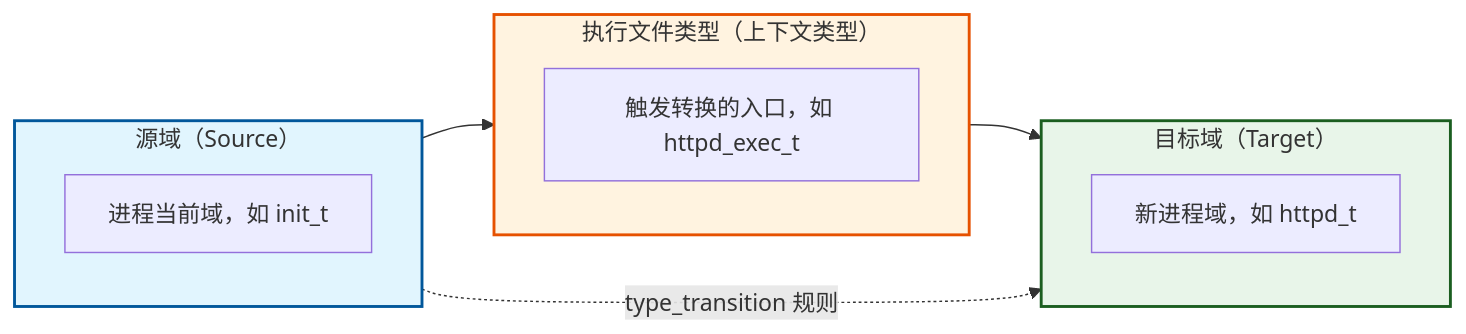
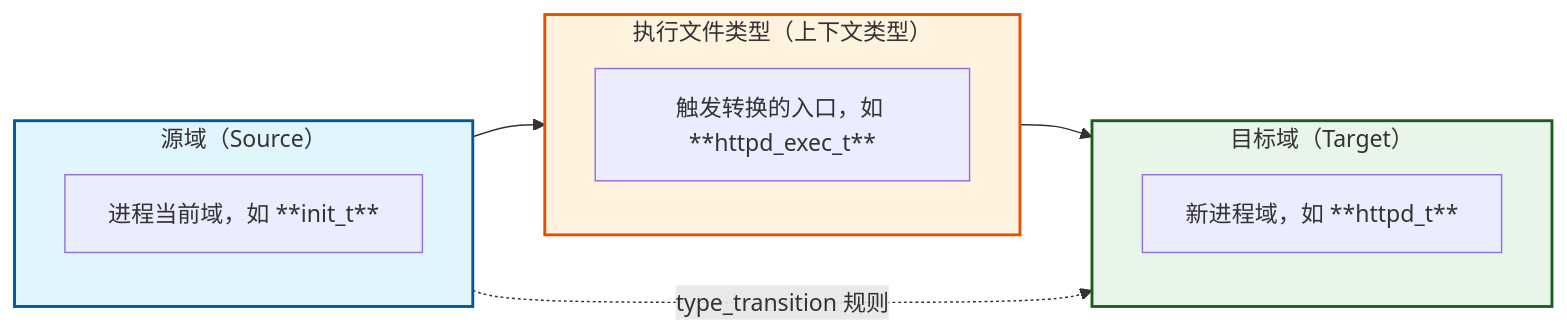
The diagram in Linux 基础与进阶/快速上手 SELinux 强化 Linux 安全性/快速上手 SELinux 强化 Linux 安全性.md (Alberthua-Perl/tech-docs), drawn with Mermaid before and after one commit. The commit also changed other lines of this file and 1 other file, not shown here.

````diff
--- a/Linux 基础与进阶/快速上手 SELinux 强化 Linux 安全性/快速上手 SELinux 强化 Linux 安全性.md
+++ b/Linux 基础与进阶/快速上手 SELinux 强化 Linux 安全性/快速上手 SELinux 强化 Linux 安全性.md
@@ -522,25 +523,25 @@
 ```mermaid
 flowchart LR
     subgraph Source["源域（Source）"]
         direction TB
-        S1["进程当前域，如 init_t"]
+        S1["进程当前域，如 **init_t**"]
     end
 
     subgraph ExecFile["执行文件类型（上下文类型）"]
         direction TB
-        E1["触发转换的入口，如 httpd_exec_t"]
+        E1["触发转换的入口，如 **httpd_exec_t**"]
     end
 
     subgraph Target["目标域（Target）"]
         direction TB
-        T1["新进程域，如 httpd_t"]
+        T1["新进程域，如 **httpd_t**"]
     end
 
     Source --> ExecFile --> Target
     
     Source -.->|"type_transition 规则"| Target
     
     style Source fill:#e1f5fe,stroke:#01579b,stroke-width:2px
     style ExecFile fill:#fff3e0,stroke:#e65100,stroke-width:2px
     style Target fill:#e8f5e9,stroke:#1b5e20,stroke-width:2px
 ```
````
